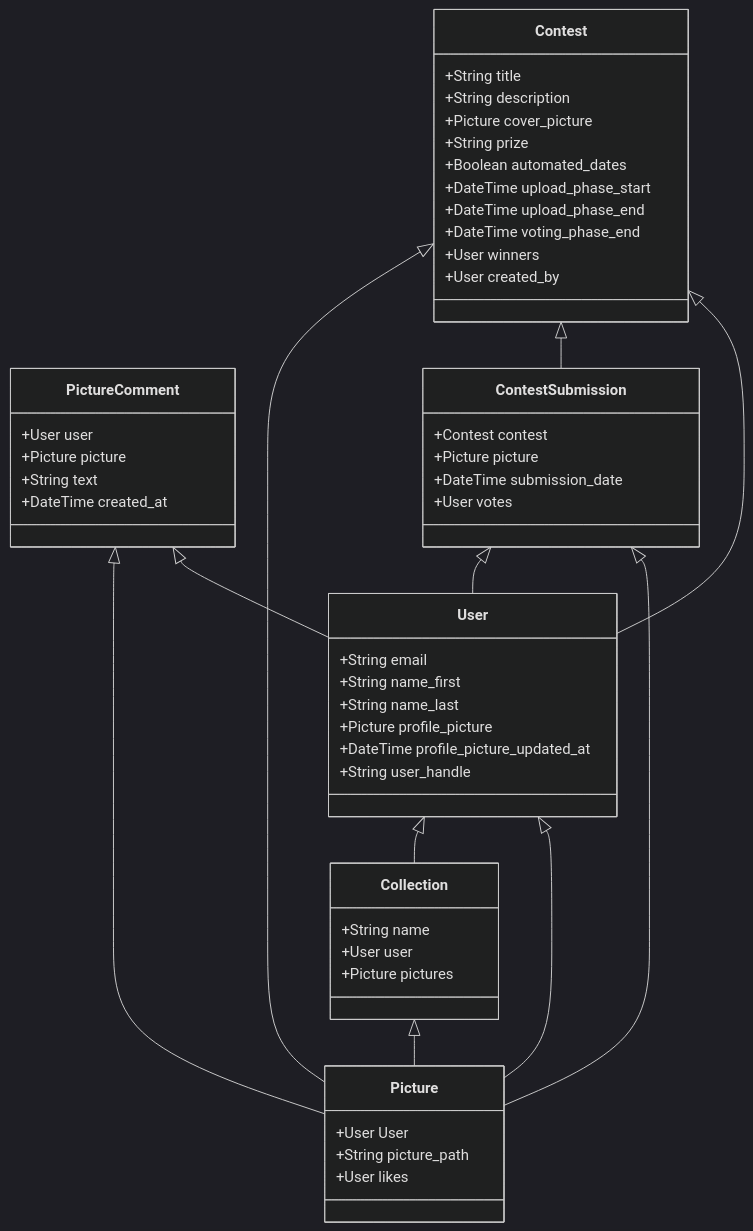
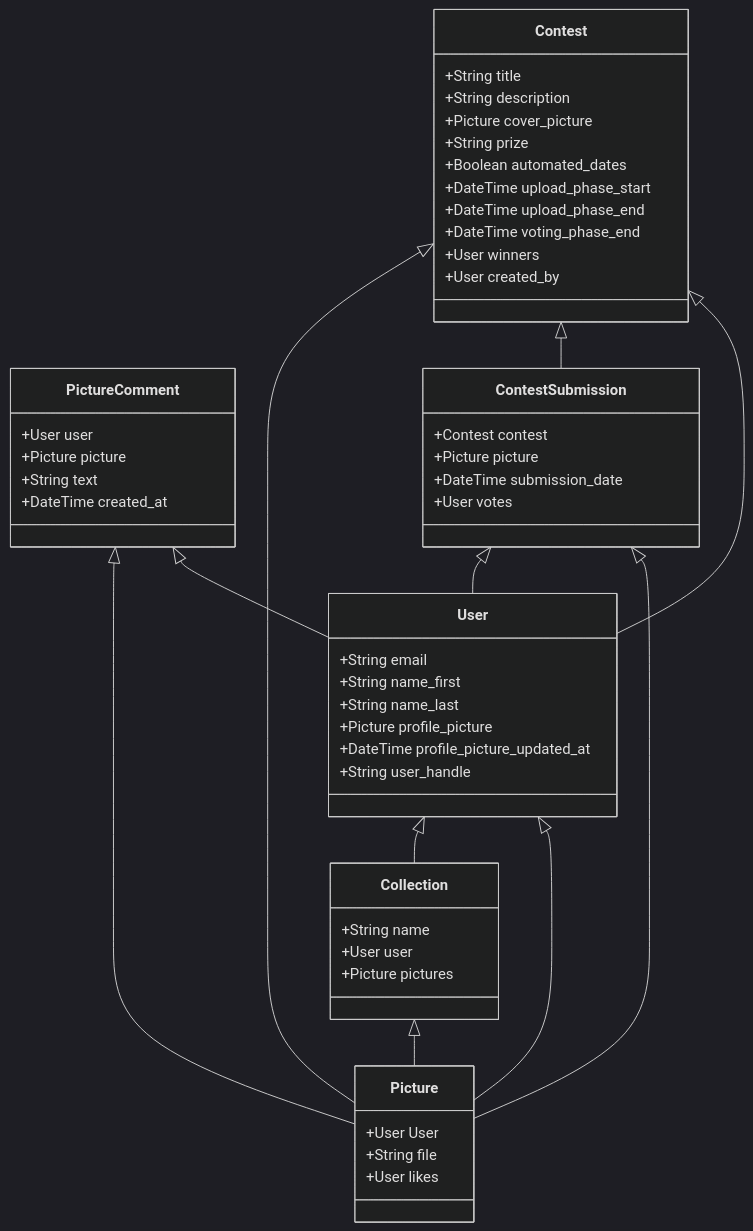
The diagram in README.md (runtimerevolution/revent-api), drawn with Mermaid (dark theme) before and after one commit. The commit also changed other lines of this file, not shown here.

```````diff
--- a/README.md
+++ b/README.md
@@ -203,59 +203,59 @@
 ```mermaid
 classDiagram
     User <|-- Collection
     User <|-- Picture
     PictureComment <|-- Picture
     Contest <|-- Picture
     Contest <|-- ContestSubmission
     Contest <|-- User
     ContestSubmission <|-- User
     PictureComment <|-- User
     Collection <|-- Picture
     ContestSubmission <|-- Picture
 
     class User{
       +String email
       +String name_first
       +String name_last
       +Picture profile_picture
       +DateTime profile_picture_updated_at
       +String user_handle
-      
+
     }
     class Picture{
       +User User
-      +String picture_path
+      +String file
       +User likes
     }
     class PictureComment{
       +User user
       +Picture picture
       +String text
       +DateTime created_at
     }
     class Collection{
       +String name
       +User user
       +Picture pictures
     }
     class Contest{
         +String title
         +String description
         +Picture cover_picture
         +String prize
         +Boolean automated_dates
         +DateTime upload_phase_start
         +DateTime upload_phase_end
         +DateTime voting_phase_end
         +User winners
         +User created_by
 
     }
     class ContestSubmission{
         +Contest contest
         +Picture picture
         +DateTime submission_date
         +User votes
     }
-    
+
 ``````
```````
